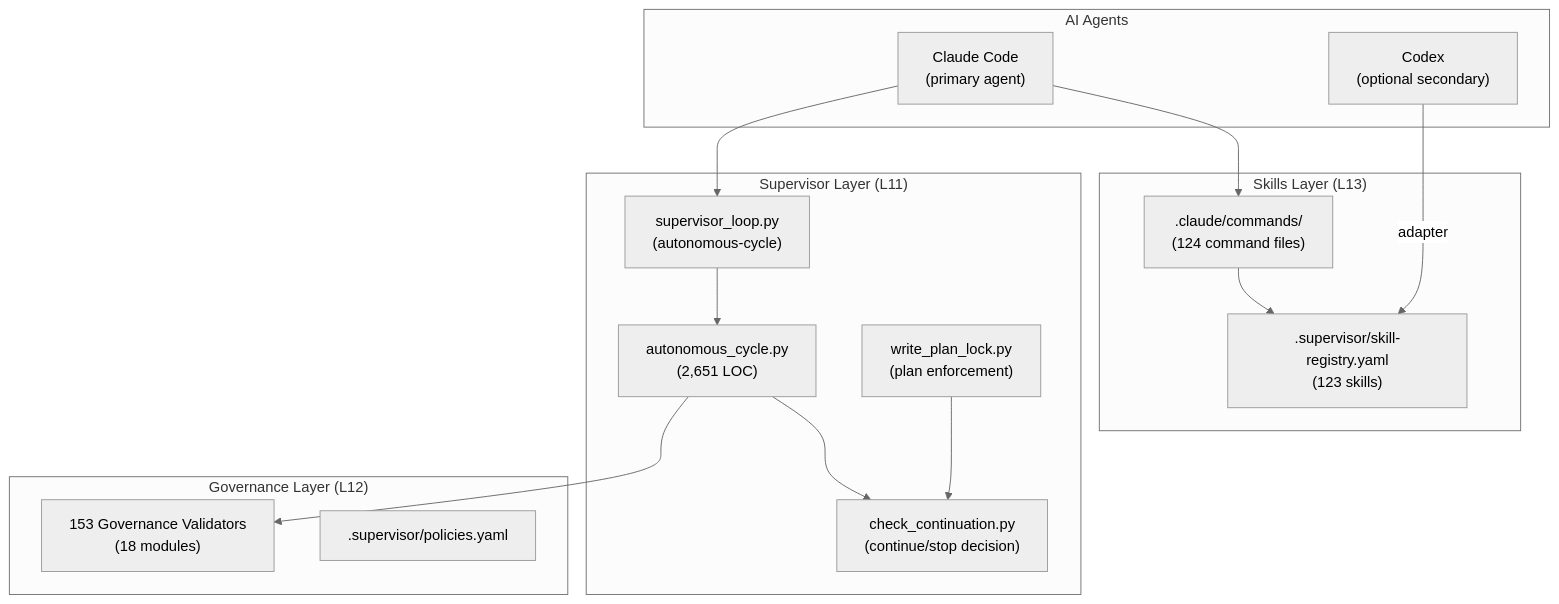
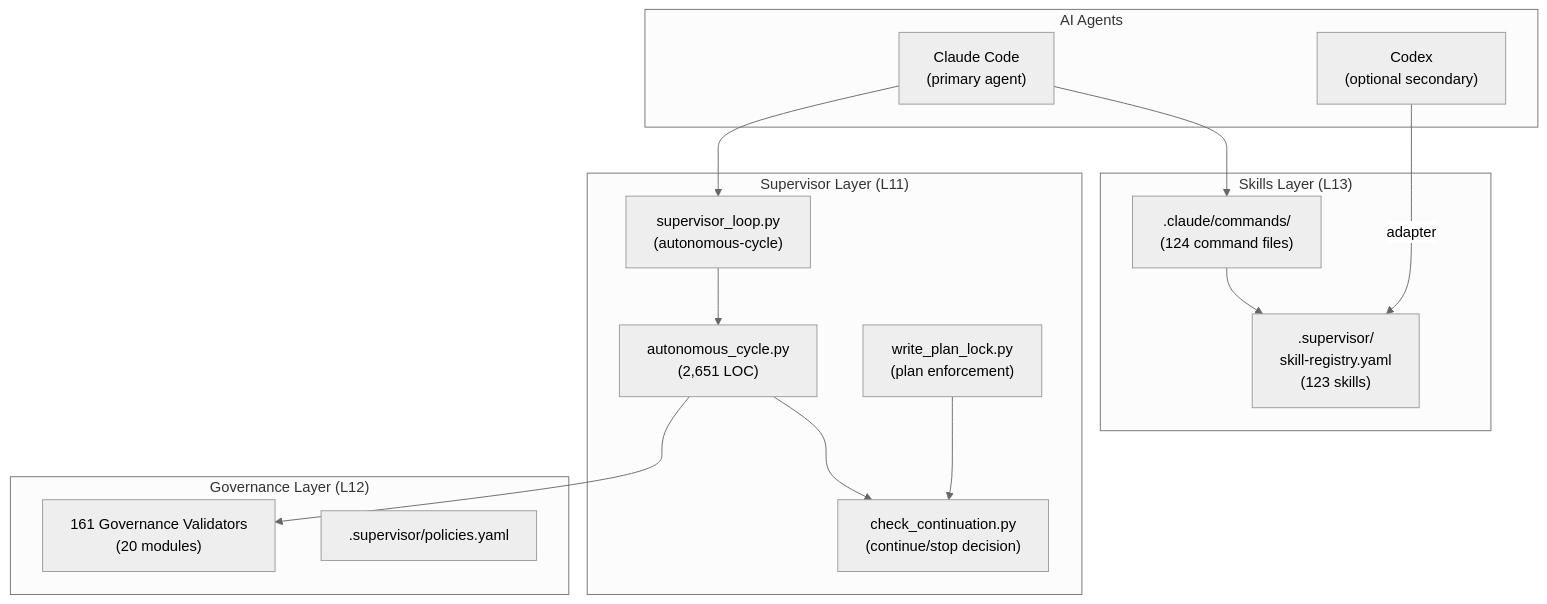
Before and after one commit to babar-raza/format-factory: the eighth of 18 diagrams in docs/system-recon/FF-DEEP-RECON-20260705-052931/02-SYSTEM-ARCHITECTURE-AND-DIAGRAMS.md, drawn with Mermaid (neutral theme). The commit also changed other lines of this file and 6 other files, not shown here.

````diff
--- a/docs/system-recon/FF-DEEP-RECON-20260705-052931/02-SYSTEM-ARCHITECTURE-AND-DIAGRAMS.md
+++ b/docs/system-recon/FF-DEEP-RECON-20260705-052931/02-SYSTEM-ARCHITECTURE-AND-DIAGRAMS.md
@@ -262,33 +262,33 @@
 ```mermaid
 flowchart TB
     subgraph Agents["AI Agents"]
         CLAUDE["Claude Code<br/>(primary agent)"]
         CODEX["Codex<br/>(optional secondary)"]
     end
 
     subgraph Skills["Skills Layer (L13)"]
-        REGISTRY[".supervisor/skill-registry.yaml<br/>(123 skills)"]
+        REGISTRY[".supervisor/<br/>skill-registry.yaml<br/>(123 skills)"]
         COMMANDS[".claude/commands/<br/>(124 command files)"]
     end
 
     subgraph Supervisor["Supervisor Layer (L11)"]
         SUPLOOP["supervisor_loop.py<br/>(autonomous-cycle)"]
         AUTOCYCLE["autonomous_cycle.py<br/>(2,651 LOC)"]
         CHECKCONT["check_continuation.py<br/>(continue/stop decision)"]
         PLANLOCK["write_plan_lock.py<br/>(plan enforcement)"]
     end
 
     subgraph Governance["Governance Layer (L12)"]
-        VALIDATORS["153 Governance Validators<br/>(18 modules)"]
+        VALIDATORS["161 Governance Validators<br/>(20 modules)"]
         POLICIES[".supervisor/policies.yaml"]
     end
 
     CLAUDE --> COMMANDS
     COMMANDS --> REGISTRY
     CLAUDE --> SUPLOOP
     SUPLOOP --> AUTOCYCLE
     AUTOCYCLE --> CHECKCONT
     AUTOCYCLE --> VALIDATORS
     CODEX -->|adapter| REGISTRY
     PLANLOCK --> CHECKCONT
 ```
````
